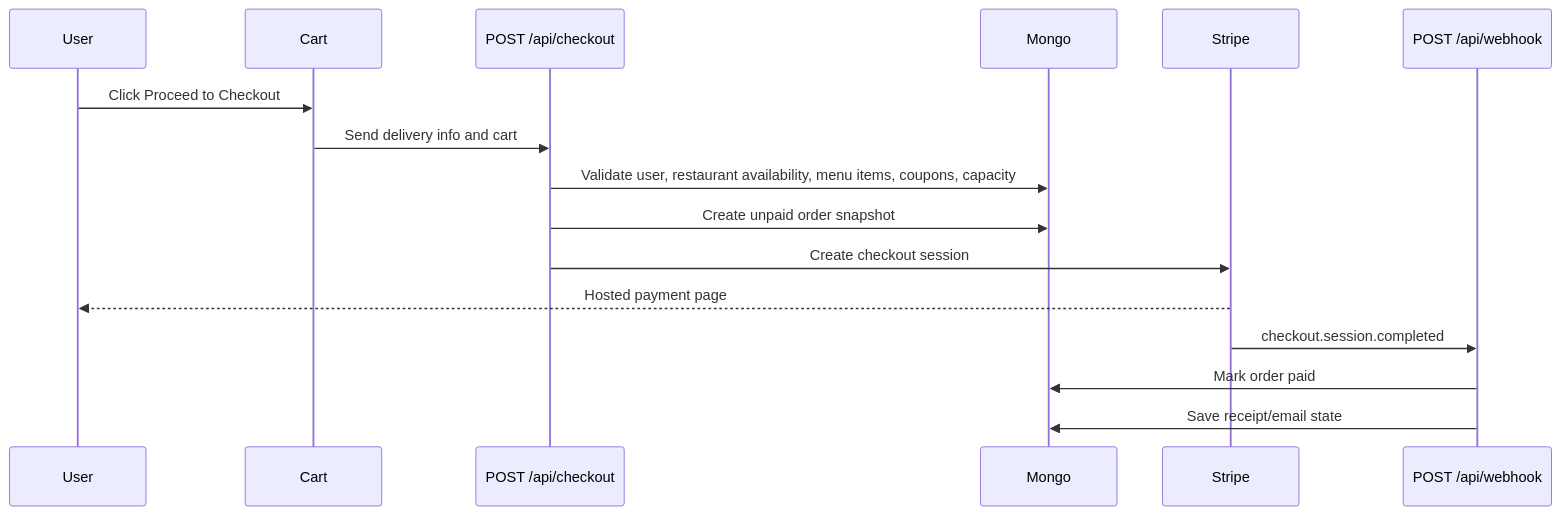
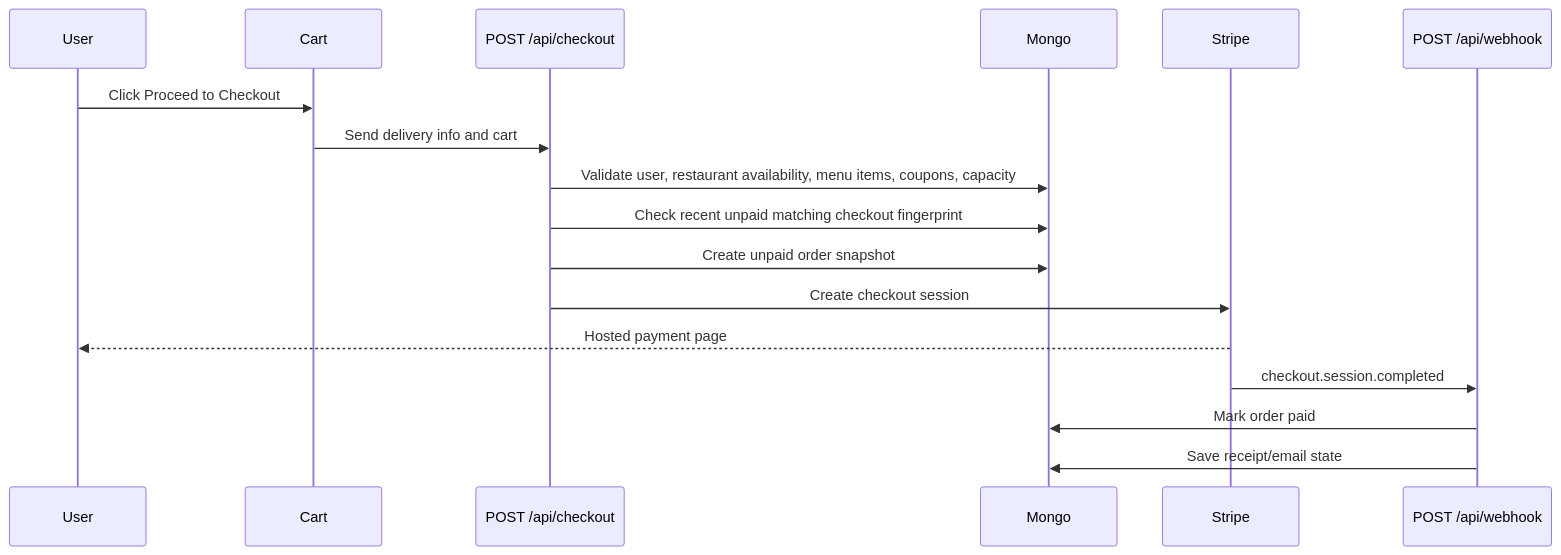
Before and after one commit to kimamovic21/food-ordering-app-nextjs-cwd-yt-2023: the fifth of 9 diagrams in ARCHITECTURE.md, drawn with Mermaid. The commit also changed other lines of this file and 20 other files, not shown here.

````diff
--- a/ARCHITECTURE.md
+++ b/ARCHITECTURE.md
@@ -191,19 +192,20 @@
 ```mermaid
 sequenceDiagram
   participant User
   participant Cart
   participant CheckoutAPI as POST /api/checkout
   participant Mongo
   participant Stripe
   participant Webhook as POST /api/webhook
 
   User->>Cart: Click Proceed to Checkout
   Cart->>CheckoutAPI: Send delivery info and cart
   CheckoutAPI->>Mongo: Validate user, restaurant availability, menu items, coupons, capacity
+  CheckoutAPI->>Mongo: Check recent unpaid matching checkout fingerprint
   CheckoutAPI->>Mongo: Create unpaid order snapshot
   CheckoutAPI->>Stripe: Create checkout session
   Stripe-->>User: Hosted payment page
   Stripe->>Webhook: checkout.session.completed
   Webhook->>Mongo: Mark order paid
   Webhook->>Mongo: Save receipt/email state
 ```
````
